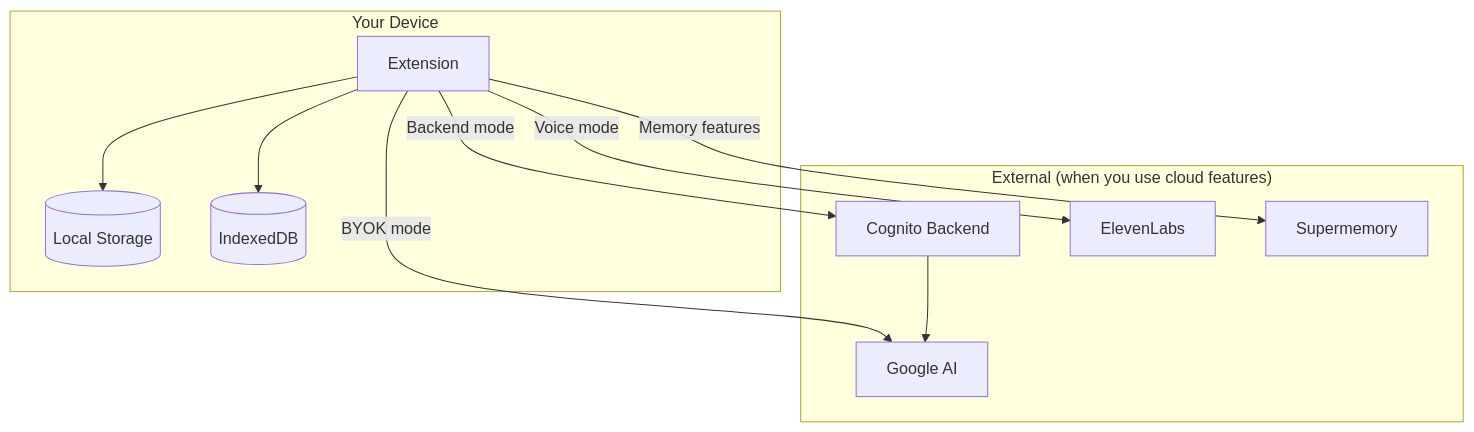
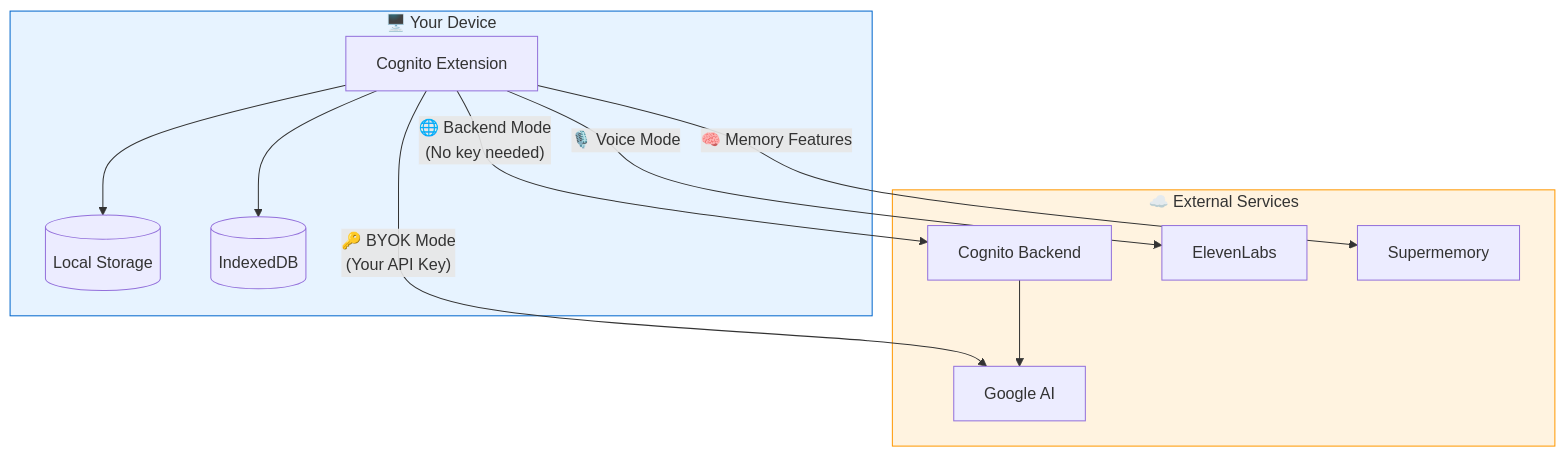
The fifth of 8 diagrams in apps/docs/content/docs/security/privacy-model.mdx (codewarnab/cognito-ai), drawn with Mermaid before and after one commit. The commit also changed other lines of this file and 28 other files, not shown here.

First line of the commit message:
Add sequence diagrams for backend modes, BYOK flow, MCP connection states, message flows, and WebMCP message sequences

````diff
--- a/apps/docs/content/docs/security/privacy-model.mdx
+++ b/apps/docs/content/docs/security/privacy-model.mdx
@@ -96,25 +151,28 @@
 ```mermaid
 flowchart TB
-    subgraph Local["Your Device"]
-        EXT[Extension]
+    subgraph Local["🖥️ Your Device"]
+        EXT[Cognito Extension]
         STORAGE[(Local Storage)]
         INDEXDB[(IndexedDB)]
     end
     
-    subgraph External["External (when you use cloud features)"]
+    subgraph External["☁️ External Services"]
         GOOGLE[Google AI]
         BACKEND[Cognito Backend]
         ELEVENLABS[ElevenLabs]
         SUPERMEMORY[Supermemory]
     end
     
     EXT --> STORAGE
     EXT --> INDEXDB
     
-    EXT -->|BYOK mode| GOOGLE
-    EXT -->|Backend mode| BACKEND
-    EXT -->|Voice mode| ELEVENLABS
-    EXT -->|Memory features| SUPERMEMORY
+    EXT -->|"🔑 BYOK Mode<br/>(Your API Key)"| GOOGLE
+    EXT -->|"🌐 Backend Mode<br/>(No key needed)"| BACKEND
+    EXT -->|"🎙️ Voice Mode"| ELEVENLABS
+    EXT -->|"🧠 Memory Features"| SUPERMEMORY
     
     BACKEND --> GOOGLE
+    
+    style Local fill:#e7f3ff,stroke:#0066cc
+    style External fill:#fff3e0,stroke:#ff9800
 ```
````
